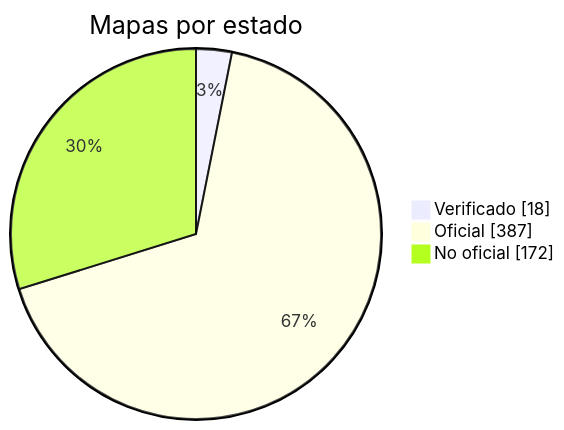
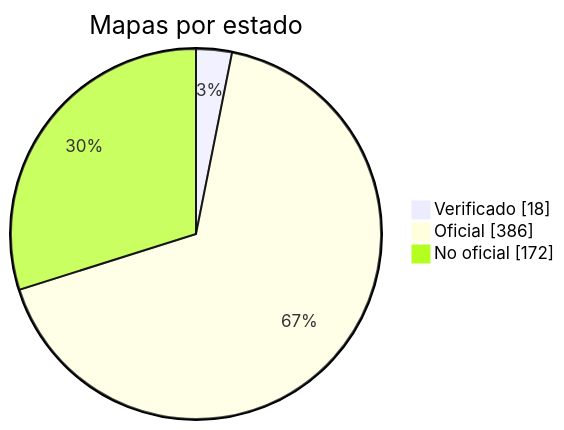
Before and after one commit to nobrega8/mbmap-library: the diagram in docs/readme/README_ES.md, drawn with Mermaid. The commit also changed 5 other files, not shown here.

````diff
--- a/docs/readme/README_ES.md
+++ b/docs/readme/README_ES.md
@@ -54,7 +54,7 @@
 ```mermaid
 pie showData
     title Mapas por estado
     "Verificado" : 18
-    "Oficial" : 387
+    "Oficial" : 386
     "No oficial" : 172
 ```
````
